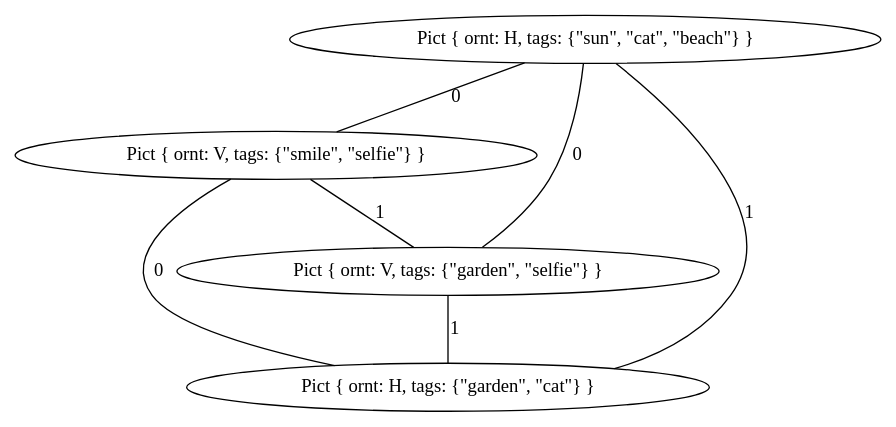
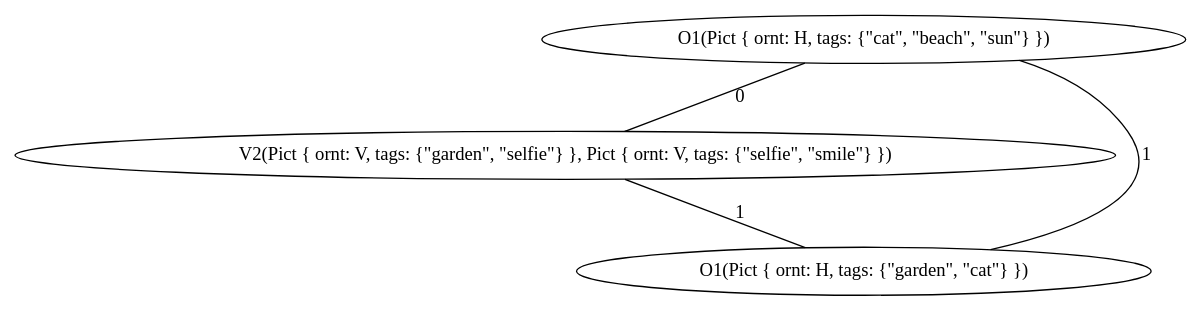
Before and after one commit to Bietola/problems: the diagram in hashcode/entry2019/res/output.dot, drawn with Graphviz. The commit also changed 2 other files, not shown here.

Commit message:
Handle vertical pictures in construction of input graph

```diff
--- a/hashcode/entry2019/res/output.dot
+++ b/hashcode/entry2019/res/output.dot
@@ -1,12 +1,8 @@
 graph {
-    0 [label="Pict { ornt: H, tags: {\"sun\", \"cat\", \"beach\"} }"]
-    1 [label="Pict { ornt: V, tags: {\"smile\", \"selfie\"} }"]
-    2 [label="Pict { ornt: V, tags: {\"garden\", \"selfie\"} }"]
-    3 [label="Pict { ornt: H, tags: {\"garden\", \"cat\"} }"]
+    0 [label="O1(Pict { ornt: H, tags: {\"cat\", \"beach\", \"sun\"} })"]
+    1 [label="V2(Pict { ornt: V, tags: {\"garden\", \"selfie\"} }, Pict { ornt: V, tags: {\"selfie\", \"smile\"} })"]
+    2 [label="O1(Pict { ornt: H, tags: {\"garden\", \"cat\"} })"]
     0 -- 1 [label="0"]
-    0 -- 2 [label="0"]
+    0 -- 2 [label="1"]
     1 -- 2 [label="1"]
-    0 -- 3 [label="1"]
-    1 -- 3 [label="0"]
-    2 -- 3 [label="1"]
 }
```
